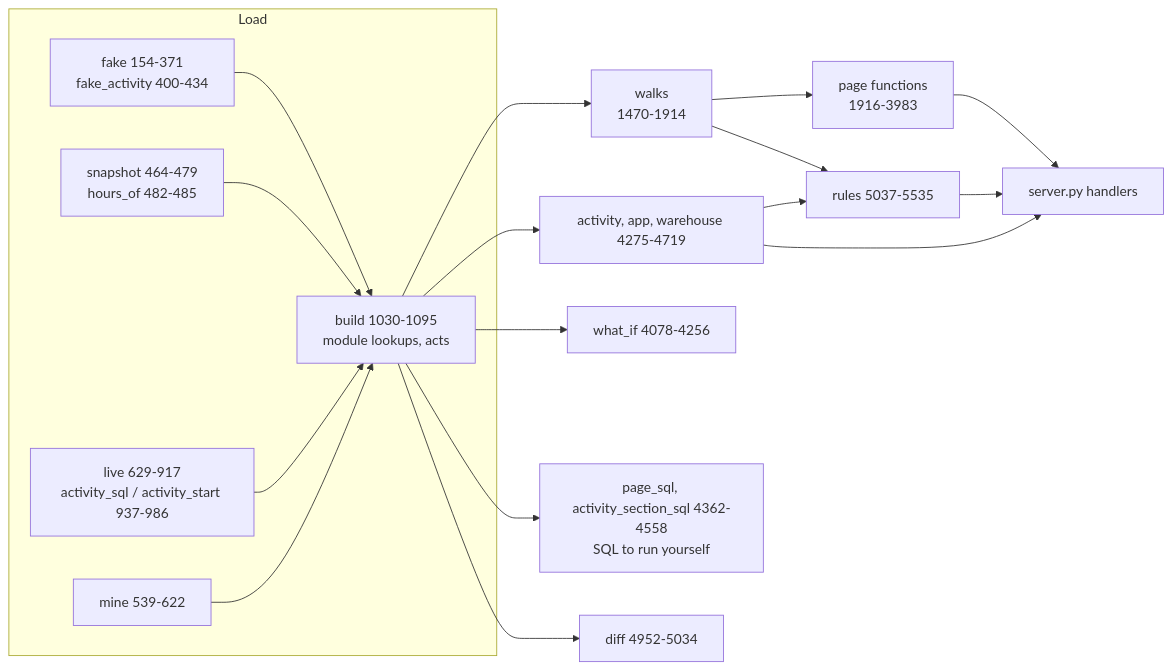
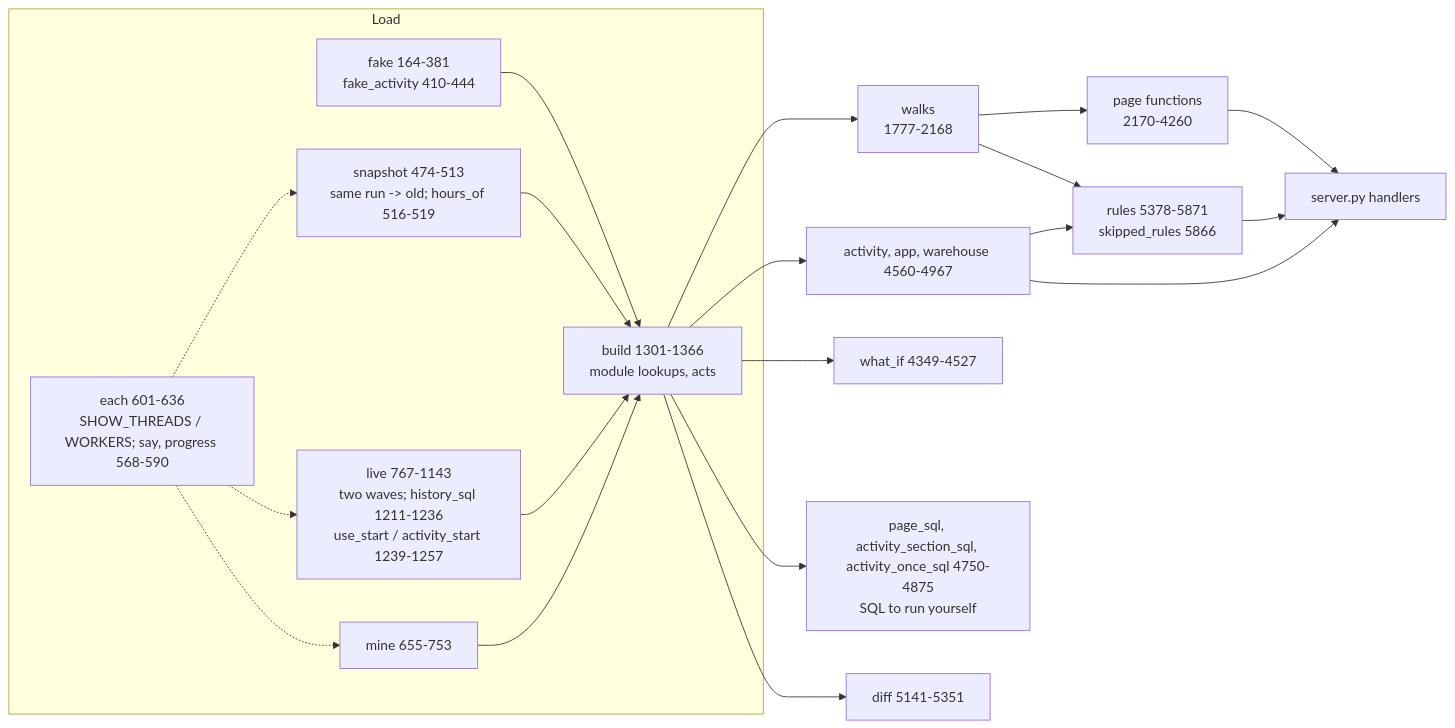
Before and after one commit to darshanmeel/snowflake-access-explorer: the first of 2 diagrams in snowflake-access-explorer-knowledge-graph/modules/access.md, drawn with Mermaid. The commit also changed other lines of this file and 79 other files, not shown here.

Commit message:
Knowledge graph: STATEMENT_TIMEOUT, WORKERS, ACTIVITY, HIERARCHY, progress lines, shared ACCESS_HISTORY read, procedure batching; node lines re-synced

````diff
--- a/snowflake-access-explorer-knowledge-graph/modules/access.md
+++ b/snowflake-access-explorer-knowledge-graph/modules/access.md
@@ -6,20 +6,21 @@
 ```mermaid
 flowchart LR
   subgraph Load
-    F[fake 154-371<br/>fake_activity 400-434] --> B
-    SN[snapshot 464-479<br/>hours_of 482-485] --> B
-    LV[live 629-917<br/>activity_sql / activity_start 937-986] --> B
-    MI[mine 539-622] --> B
+    F[fake 164-381<br/>fake_activity 410-444] --> B
+    SN[snapshot 474-513<br/>same run -> old; hours_of 516-519] --> B
+    LV[live 767-1143<br/>two waves; history_sql 1211-1236<br/>use_start / activity_start 1239-1257] --> B
+    MI[mine 655-753] --> B
+    EA[each 601-636<br/>SHOW_THREADS / WORKERS; say, progress 568-590] -.-> SN & LV & MI
   end
-  B[build 1030-1095<br/>module lookups, acts] --> W[walks<br/>1470-1914]
-  W --> P[page functions<br/>1916-3983]
-  W --> R[rules 5037-5535]
-  B --> AC[activity, app, warehouse 4275-4719]
+  B[build 1301-1366<br/>module lookups, acts] --> W[walks<br/>1777-2168]
+  W --> P[page functions<br/>2170-4260]
+  W --> R[rules 5378-5871<br/>skipped_rules 5866]
+  B --> AC[activity, app, warehouse 4560-4967]
   AC --> R
-  B --> WI[what_if 4078-4256]
-  B --> PS[page_sql, activity_section_sql 4362-4558<br/>SQL to run yourself]
-  B --> DF[diff 4952-5034]
+  B --> WI[what_if 4349-4527]
+  B --> PS[page_sql, activity_section_sql, activity_once_sql 4750-4875<br/>SQL to run yourself]
+  B --> DF[diff 5141-5351]
   P --> S[server.py handlers]
   AC --> S
   R --> S
 ```
````
